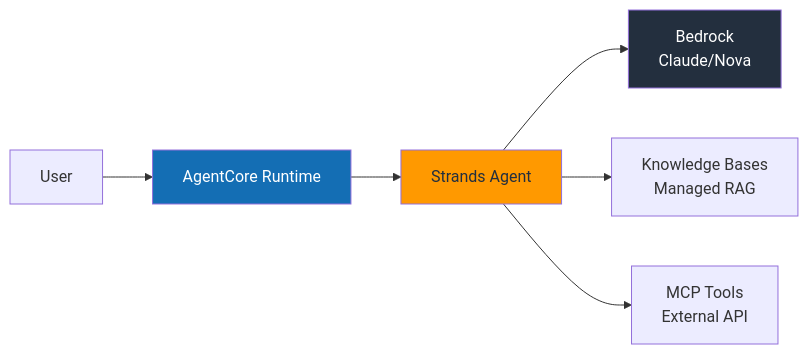
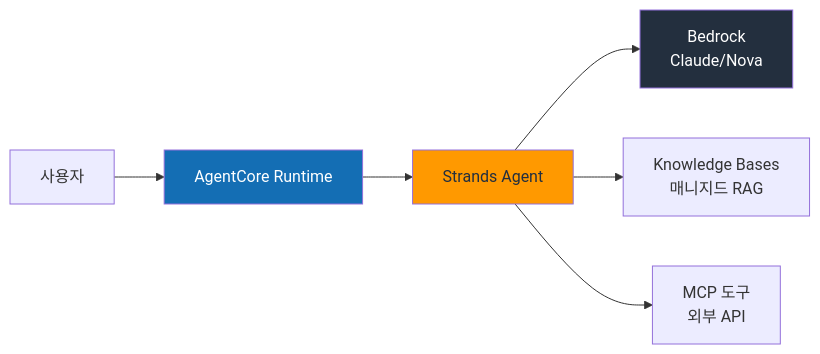
One commit to devfloor9/engineering-playbook changed the third of 5 diagrams in i18n/en/docusaurus-plugin-content-docs/current/agentic-ai-platform/design-architecture/aws-native-agentic-platform.md. Above: the diagram before and after it, drawn with Mermaid. The commit also changed other lines of this file and 23 other files, not shown here.

````diff
--- a/i18n/en/docusaurus-plugin-content-docs/current/agentic-ai-platform/design-architecture/aws-native-agentic-platform.md
+++ b/i18n/en/docusaurus-plugin-content-docs/current/agentic-ai-platform/design-architecture/aws-native-agentic-platform.md
@@ -306,12 +324,12 @@
 ```mermaid
 graph LR
-    User["User"] --> Runtime["AgentCore Runtime"]
+    User["사용자"] --> Runtime["AgentCore Runtime"]
     Runtime --> Agent["Strands Agent"]
     Agent --> Bedrock["Bedrock<br/>Claude/Nova"]
-    Agent --> KB["Knowledge Bases<br/>Managed RAG"]
-    Agent --> Tools["MCP Tools<br/>External API"]
+    Agent --> KB["Knowledge Bases<br/>매니지드 RAG"]
+    Agent --> Tools["MCP 도구<br/>외부 API"]
 
     style Runtime fill:#146EB4,color:#fff
     style Agent fill:#FF9900,color:#232F3E
     style Bedrock fill:#232F3E,color:#fff
 ```
````
